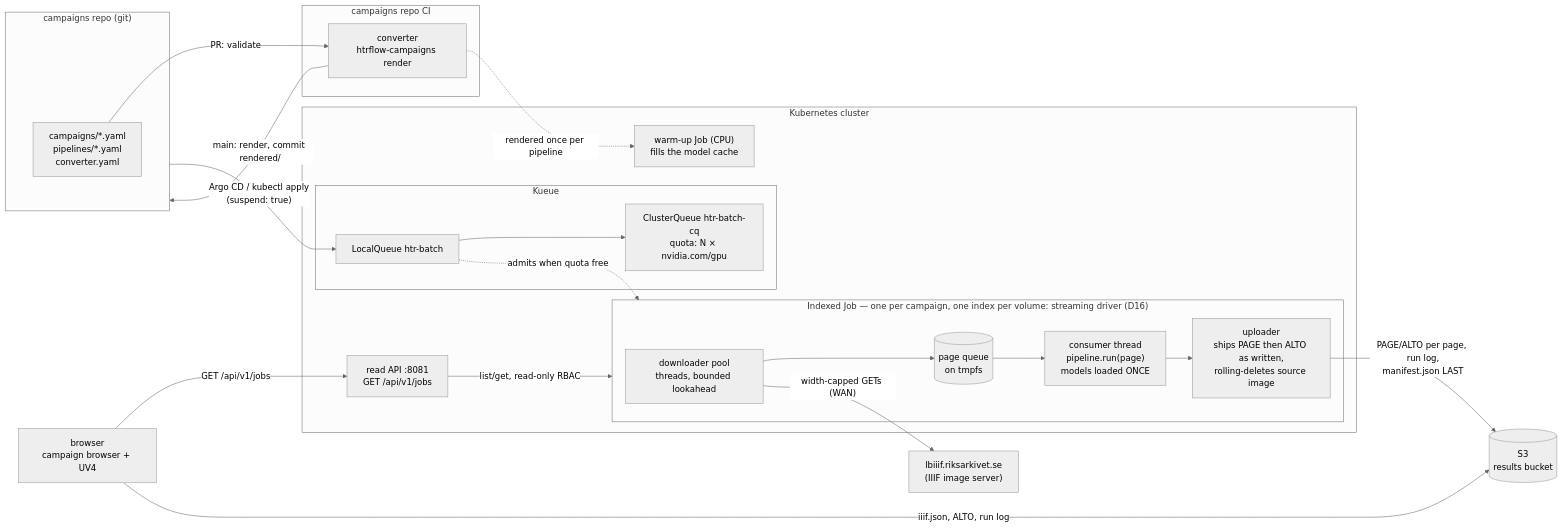
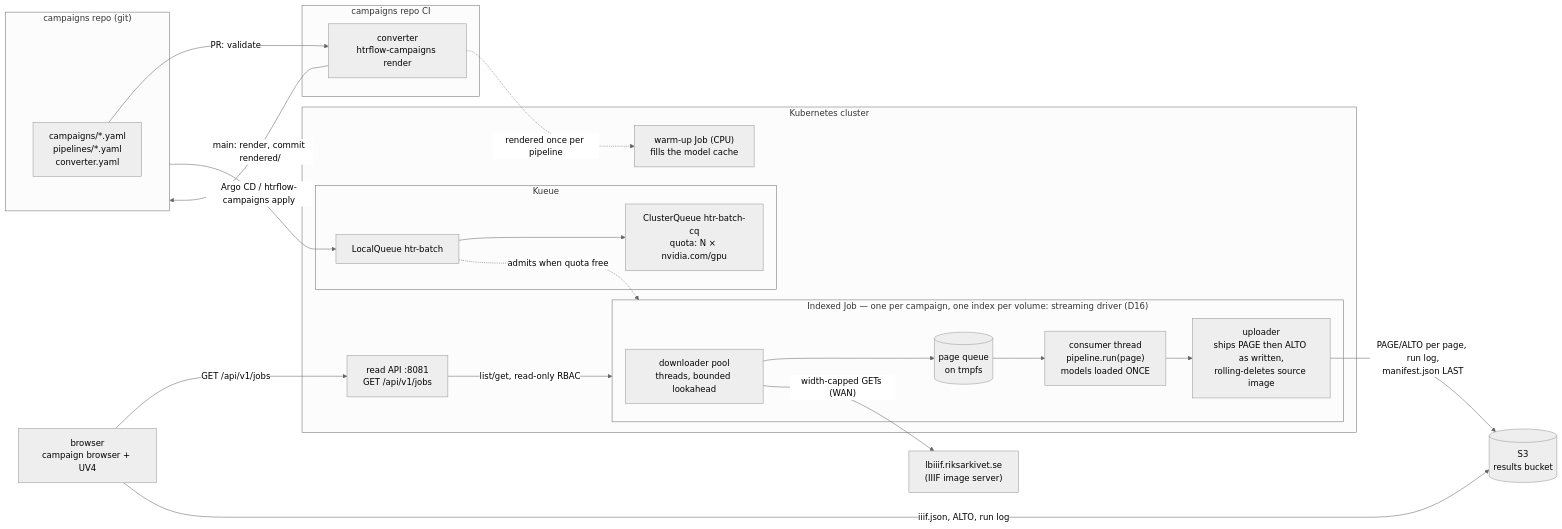
One commit to AI-Riksarkivet/htrflow-batch changed the first of 2 diagrams in docs/how-it-works/architecture.md. Above: the diagram before and after it, drawn with Mermaid (neutral theme). The commit also changed other lines of this file and 3 other files, not shown here.

````diff
--- a/docs/how-it-works/architecture.md
+++ b/docs/how-it-works/architecture.md
@@ -3,42 +3,42 @@
 ```mermaid
 flowchart LR
     subgraph git["campaigns repo (git)"]
         CAMP["campaigns/*.yaml<br/>pipelines/*.yaml<br/>converter.yaml"]
     end
 
     subgraph ci["campaigns repo CI"]
         CONV["converter<br/>htrflow-campaigns render"]
     end
 
     subgraph cluster["Kubernetes cluster"]
         subgraph queueing["Kueue"]
             LQ["LocalQueue htr-batch"] --> CQ["ClusterQueue htr-batch-cq<br/>quota: N × nvidia.com/gpu"]
         end
 
         subgraph job["Indexed Job — one per campaign, one index per volume: streaming driver (D16)"]
             DLP["downloader pool<br/>threads, bounded lookahead"]
             PQ[("page queue<br/>on tmpfs")]
             CONS["consumer thread<br/>pipeline.run(page)<br/>models loaded ONCE"]
             UPL["uploader<br/>ships PAGE then ALTO as written,<br/>rolling-deletes source image"]
             DLP --> PQ --> CONS --> UPL
         end
 
         WARM["warm-up Job (CPU)<br/>fills the model cache"]
         API["read API :8081<br/>GET /api/v1/jobs"]
         LQ -.->|admits when quota free| job
         API -->|"list/get, read-only RBAC"| job
     end
 
     IIIF["lbiiif.riksarkivet.se<br/>(IIIF image server)"]
     S3[("S3<br/>results bucket")]
     BROWSER["browser<br/>campaign browser + UV4"]
 
     CAMP -->|"PR: validate"| CONV
     CONV -->|"main: render, commit rendered/"| git
-    git -->|"Argo CD / kubectl apply<br/>(suspend: true)"| LQ
+    git -->|"Argo CD / htrflow-campaigns apply"| LQ
     CONV -.->|"rendered once per pipeline"| WARM
     DLP -->|"width-capped GETs (WAN)"| IIIF
     UPL -->|"PAGE/ALTO per page, run log,<br/>manifest.json LAST"| S3
     BROWSER -->|"GET /api/v1/jobs"| API
     BROWSER -->|"iiif.json, ALTO, run log"| S3
 ```
````
